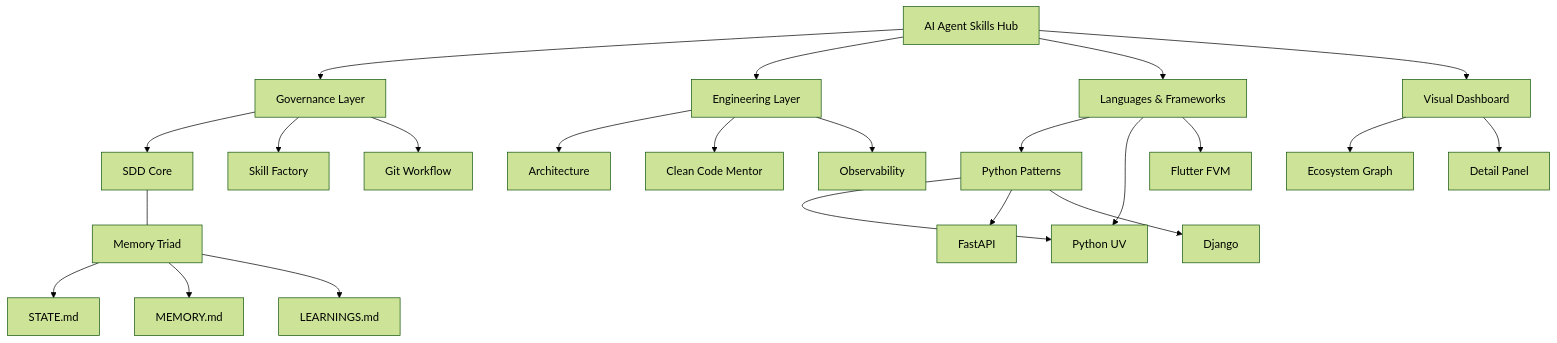
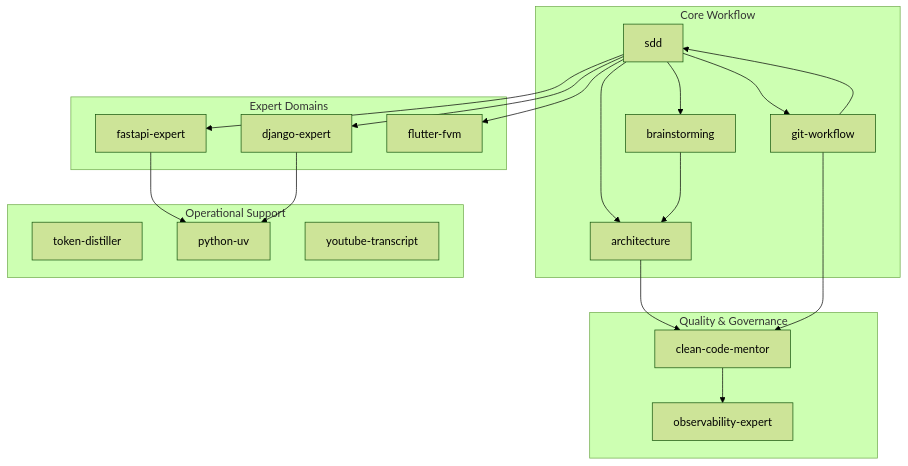
Before and after one commit to KlebersonCollab/skills: the diagram in README.md, drawn with Mermaid (forest theme). The commit also changed other lines of this file and 25 other files, not shown here.

````diff
--- a/README.md
+++ b/README.md
@@ -84,31 +86,34 @@
 ```mermaid
 graph TD
-    Hub[AI Agent Skills Hub] --> Governance[Governance Layer]
-    Hub --> Engineering[Engineering Layer]
-    Hub --> Lang[Languages & Frameworks]
-    Hub --> UI[Visual Dashboard]
-    
-    Governance --> SDD[SDD Core]
-    Governance --> SF[Skill Factory]
-    Governance --> GW[Git Workflow]
-    
-    Engineering --> Arch[Architecture]
-    Engineering --> CCM[Clean Code Mentor]
-    Engineering --> OBS[Observability]
-    
-    Lang --> Patterns[Python Patterns]
-    Lang --> UV[Python UV]
-    Lang --> Flutter[Flutter FVM]
-    
-    Patterns --> UV
-    Patterns --> FastAPI
-    Patterns --> Django
-    
-    UI --> Graph[Ecosystem Graph]
-    UI --> Detail[Detail Panel]
-    
-    SDD --- Triad[Memory Triad]
-    Triad --> State[STATE.md]
-    Triad --> Memory[MEMORY.md]
-    Triad --> Learn[LEARNINGS.md]
+    subgraph Core ["Core Workflow"]
+        SDD[sdd] --> BR[brainstorming]
+        SDD --> ARCH[architecture]
+        SDD --> GIT[git-workflow]
+    end
+
+    subgraph Quality ["Quality & Governance"]
+        CCM[clean-code-mentor]
+        OBS[observability-expert]
+        GIT --> SDD
+    end
+
+    subgraph Domain ["Expert Domains"]
+        SDD --> DJ[django-expert]
+        SDD --> FA[fastapi-expert]
+        SDD --> FL[flutter-fvm]
+    end
+
+    subgraph Operational ["Operational Support"]
+        TD[token-distiller]
+        UV[python-uv]
+        YT[youtube-transcript]
+    end
+
+    %% Relationships
+    ARCH --> CCM
+    FA --> UV
+    DJ --> UV
+    BR --> ARCH
+    CCM --> OBS
+    GIT --> CCM
 ```
````
